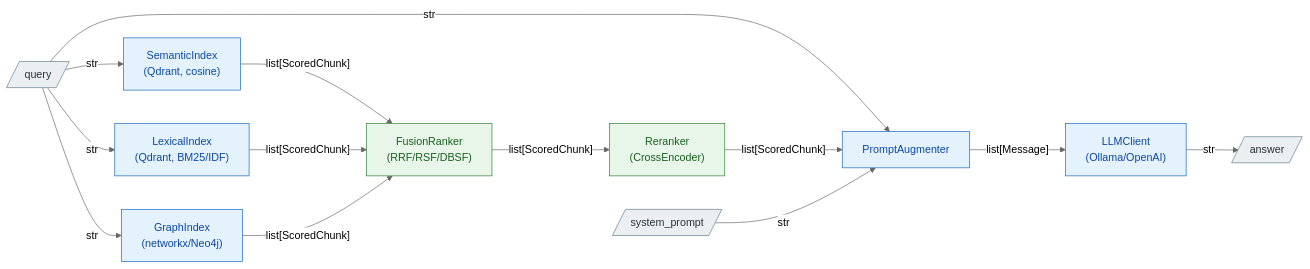
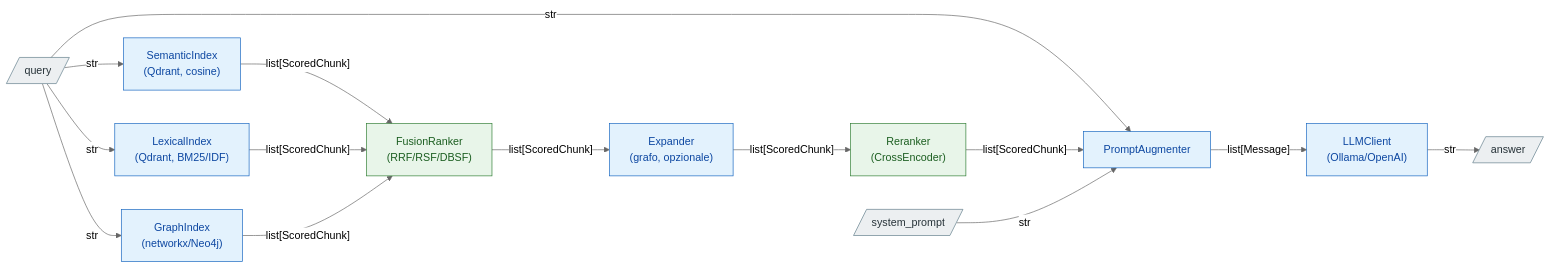
Before and after one commit to DavideFricano/auth-rag: the third of 3 diagrams in docs/architecture.md, drawn with Mermaid (neutral theme). The commit also changed other lines of this file and 4 other files, not shown here.

First line of the commit message:
feat(pipeline): the graph as an expander after the fusion

````diff
--- a/docs/architecture.md
+++ b/docs/architecture.md
@@ -498,28 +498,30 @@
 ```mermaid
 flowchart LR
     q[/"query"/] -->|"str"| BM["LexicalIndex<br>(Qdrant, BM25/IDF)"] & VR["SemanticIndex<br>(Qdrant, cosine)"] & GR["GraphIndex<br>(networkx/Neo4j)"]
     q -- str --> AUG["PromptAugmenter"]
     VR -- list[ScoredChunk] --> F["FusionRanker<br>(RRF/RSF/DBSF)"]
     BM -- list[ScoredChunk] --> F
     GR -- list[ScoredChunk] --> F
-    F -- list[ScoredChunk]<br> --> RR["Reranker<br>(CrossEncoder)"]
+    F -- list[ScoredChunk]<br> --> EX["Expander<br>(grafo, opzionale)"]
+    EX -- list[ScoredChunk]<br> --> RR["Reranker<br>(CrossEncoder)"]
     RR -- list[ScoredChunk]<br> --> AUG
     AUG -- list[Message] --> LLM["LLMClient<br>(Ollama/OpenAI)"]
     LLM -- str --> ANS[/"answer"/]
     n1[/"system_prompt"/] -- str --> AUG
 
      q:::io
      BM:::step
      VR:::step
      GR:::step
      AUG:::step
      F:::rank
      RR:::rank
+     EX:::step
      LLM:::step
      ANS:::io
      n1:::io
     classDef io fill:#eceff1,stroke:#607d8b,color:#263238
     classDef step fill:#e3f2fd,stroke:#1565c0,color:#0d47a1
     classDef rank fill:#e8f5e9,stroke:#2e7d32,color:#1b5e20
     classDef db fill:#f3e5f5,stroke:#7b1fa2,color:#4a148c
 ```
````
